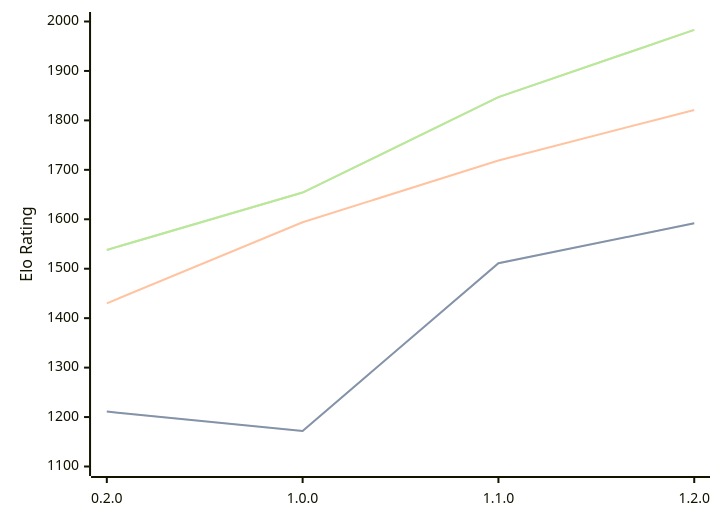
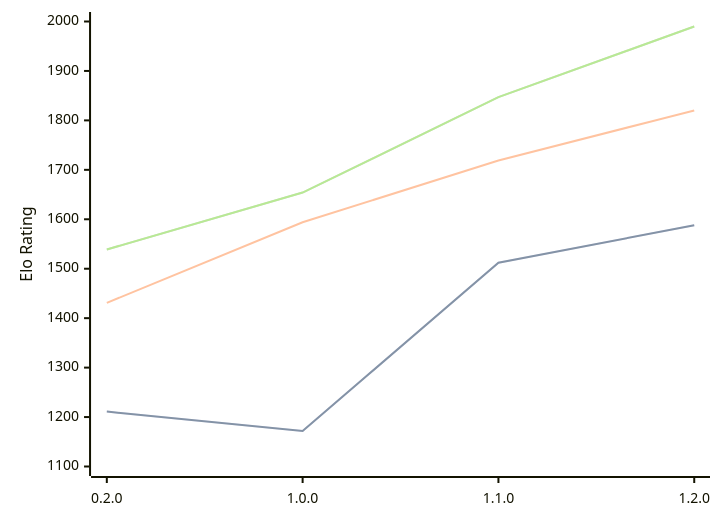
One commit to computer-chess-index/cci changed the diagram in engines/Zeppelin.md. Above: the diagram before and after it, drawn with Mermaid. The commit also changed other lines of this file, not shown here.

Commit message:
Update CCI Ratings (ELO VLTC) - 2026-02-21

````diff
--- a/engines/Zeppelin.md
+++ b/engines/Zeppelin.md
@@ -33,11 +33,11 @@
 ```mermaid
 %%{init: {"theme":"base","themeVariables":{"seriesColors:['#a3a3a3','#222221','#faa371']}}}%%
 xychart-beta
   x-axis ["0.2.0", "1.0.0", "1.1.0", "1.2.0"]
   y-axis "Elo Rating" 1100 --> 2000
-  line "STC (8.0+0.08s)" [1211, 1172, 1511, 1592]
-  line "STC (8.0+0.08s)" [1211, 1172, 1511, 1592]
-  line "LTC (60.0+0.60s)" [1430, 1594, 1719, 1821]
-  line "VLTC (2m24s+1.12s)" [1538, 1654, 1847, 1983]
-  line "VLTC (2m24s+1.12s)" [1538, 1654, 1847, 1983]
+  line "STC (8.0+0.08s)" [1211, 1172, 1512, 1588]
+  line "STC (8.0+0.08s)" [1211, 1172, 1512, 1588]
+  line "LTC (60.0+0.60s)" [1431, 1594, 1719, 1820]
+  line "VLTC (2m24s+1.12s)" [1539, 1654, 1847, 1990]
+  line "VLTC (2m24s+1.12s)" [1539, 1654, 1847, 1990]
 ```
````
